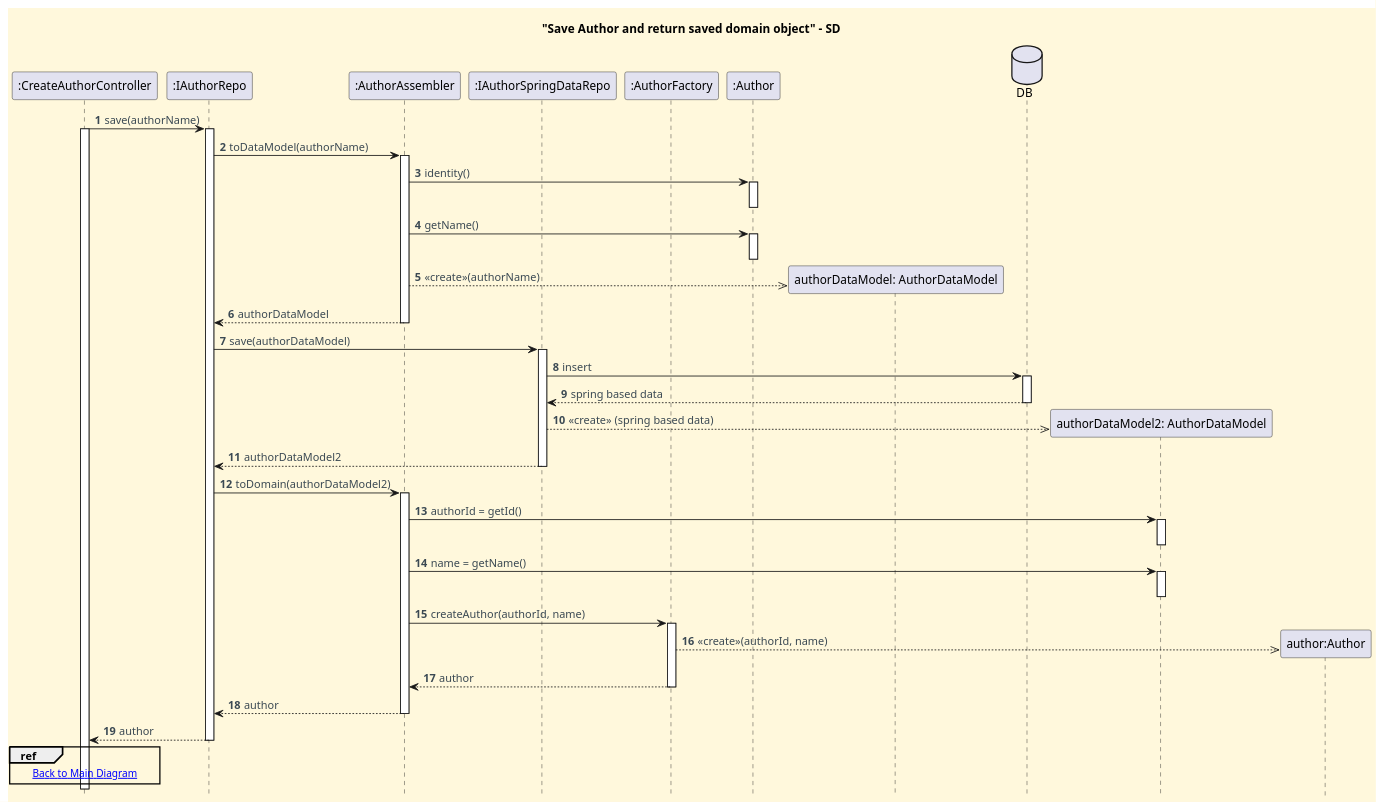
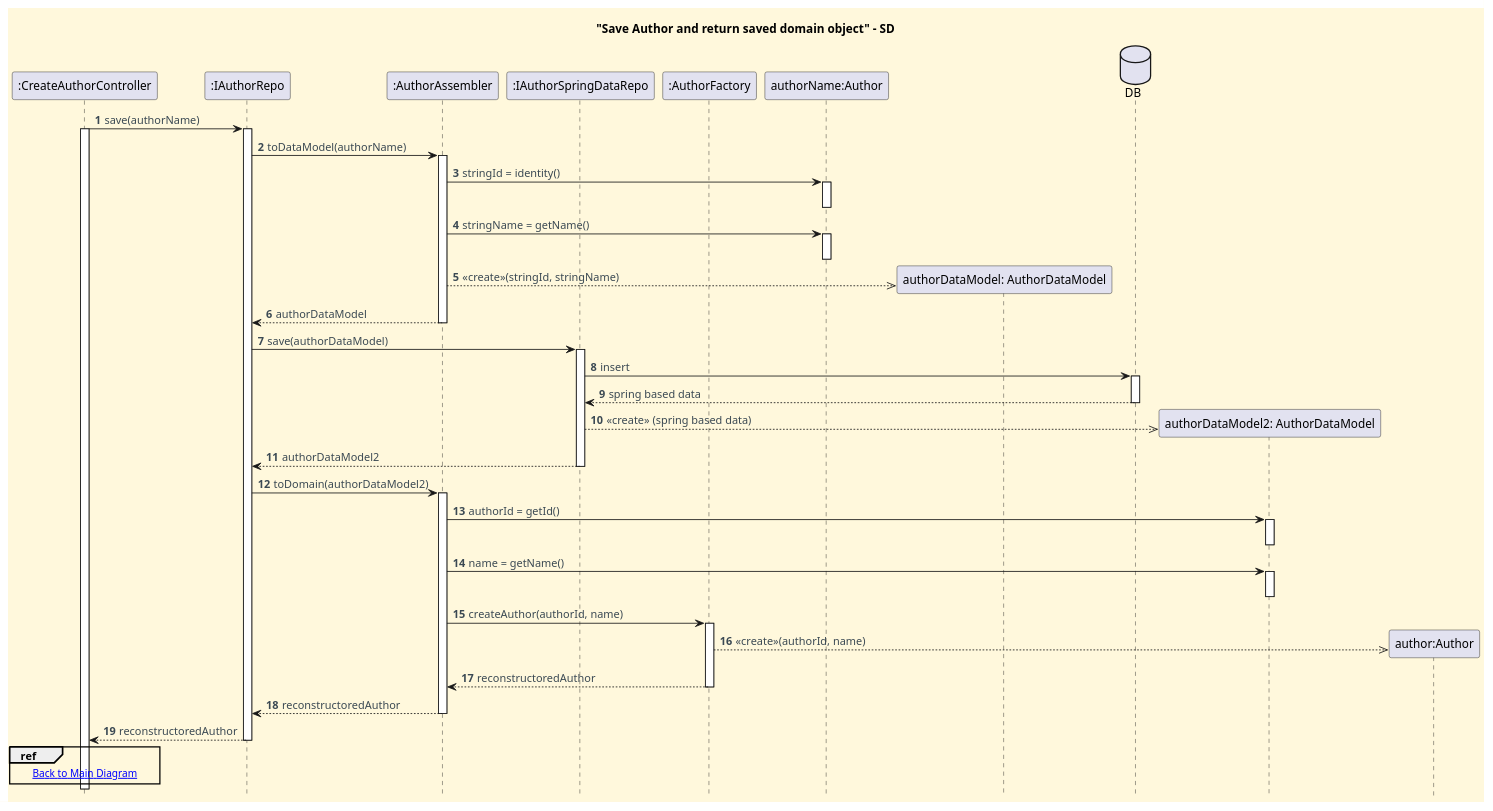
The diagram in docs/functionalities/admin/register-author/sd-ref-diagrams/Save_Author.puml (CarolinaLeite-collab/JavaMarketplacePlatform), drawn with PlantUML before and after one commit.

Commit message:
fix: make Author save sequence diagram more explicit and readable, ref #426

```diff
--- a/docs/functionalities/admin/register-author/sd-ref-diagrams/Save_Author.puml
+++ b/docs/functionalities/admin/register-author/sd-ref-diagrams/Save_Author.puml
@@ -1,87 +1,87 @@
 @startuml
 '==== Title ====
 title "Save Author and return saved domain object" - SD
 
 '==== basic style ====
 skinparam monochrome false
 skinparam shadowing false
 skinparam defaultFontName Futura
 skinparam objectFontSize 20
 skinparam backgroundColor CornSilk
 skinparam objectBackgroundColor WhiteSmoke
 skinparam noteBackgroundColor #FFFFE0
 skinparam ArrowFontColor #3B4953
 skinparam ActivationBackgroundColor black
 hidefootbox
 autonumber
 autoactivate off
 
 
 ' ==== Actor and participants ====
 participant ":CreateAuthorController" as CTL
 participant ":IAuthorRepo" as IA
 participant ":AuthorAssembler" as assembler
 participant ":IAuthorSpringDataRepo" as springData
 participant ":AuthorFactory" as factory
-participant ":Author" as author
+participant "authorName:Author" as author
 
 
 '==== UI interaction ====
 CTL -> IA: save(authorName)
 activate IA
 activate CTL
 
 IA -> assembler : toDataModel(authorName)
 activate assembler
-assembler -> author : identity()
+assembler -> author : stringId = identity()
 activate author
 deactivate author
-assembler -> author : getName()
+assembler -> author : stringName = getName()
 activate author
 deactivate author
 
 create "authorDataModel: AuthorDataModel" as DM
-assembler -->> DM : <<create>>(authorName)
+assembler -->> DM : <<create>>(stringId, stringName)
 assembler --> IA : authorDataModel
 deactivate assembler
 
 IA -> springData : save(authorDataModel)
 activate springData
 database "DB" as DB
 springData -> DB : insert
 activate DB
 DB --> springData : spring based data
 deactivate DB
 create "authorDataModel2: AuthorDataModel"
 springData -->> "authorDataModel2: AuthorDataModel" : <<create>> (spring based data)
 springData --> IA : authorDataModel2
 deactivate springData
 
 IA -> assembler : toDomain(authorDataModel2)
 activate assembler
 
 assembler -> "authorDataModel2: AuthorDataModel" : authorId = getId()
 activate "authorDataModel2: AuthorDataModel"
 deactivate "authorDataModel2: AuthorDataModel"
 
 assembler -> "authorDataModel2: AuthorDataModel" : name = getName()
 activate "authorDataModel2: AuthorDataModel"
 deactivate "authorDataModel2: AuthorDataModel"
 
 assembler -> factory : createAuthor(authorId, name)
 activate factory
 create "author:Author"
 factory -->> "author:Author" : <<create>>(authorId, name)
-factory --> assembler : author
+factory --> assembler : reconstructoredAuthor
 deactivate factory
-assembler --> IA : author
+assembler --> IA : reconstructoredAuthor
 deactivate assembler
 
-IA --> CTL : author
+IA --> CTL : reconstructoredAuthor
 deactivate IA
 
 ref over CTL
 [[../To_Register_An_Author_SD.puml Back to Main Diagram]]
 end ref
 
 @enduml
```
